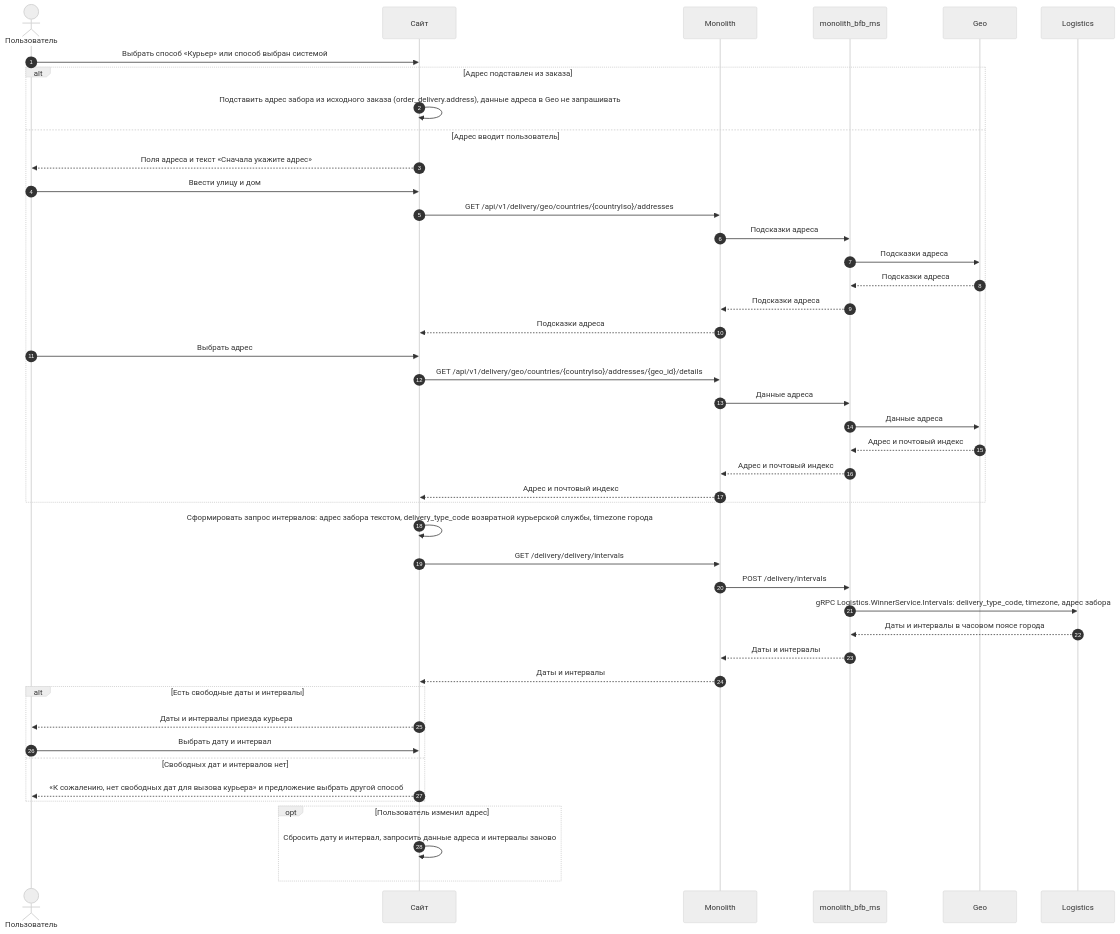
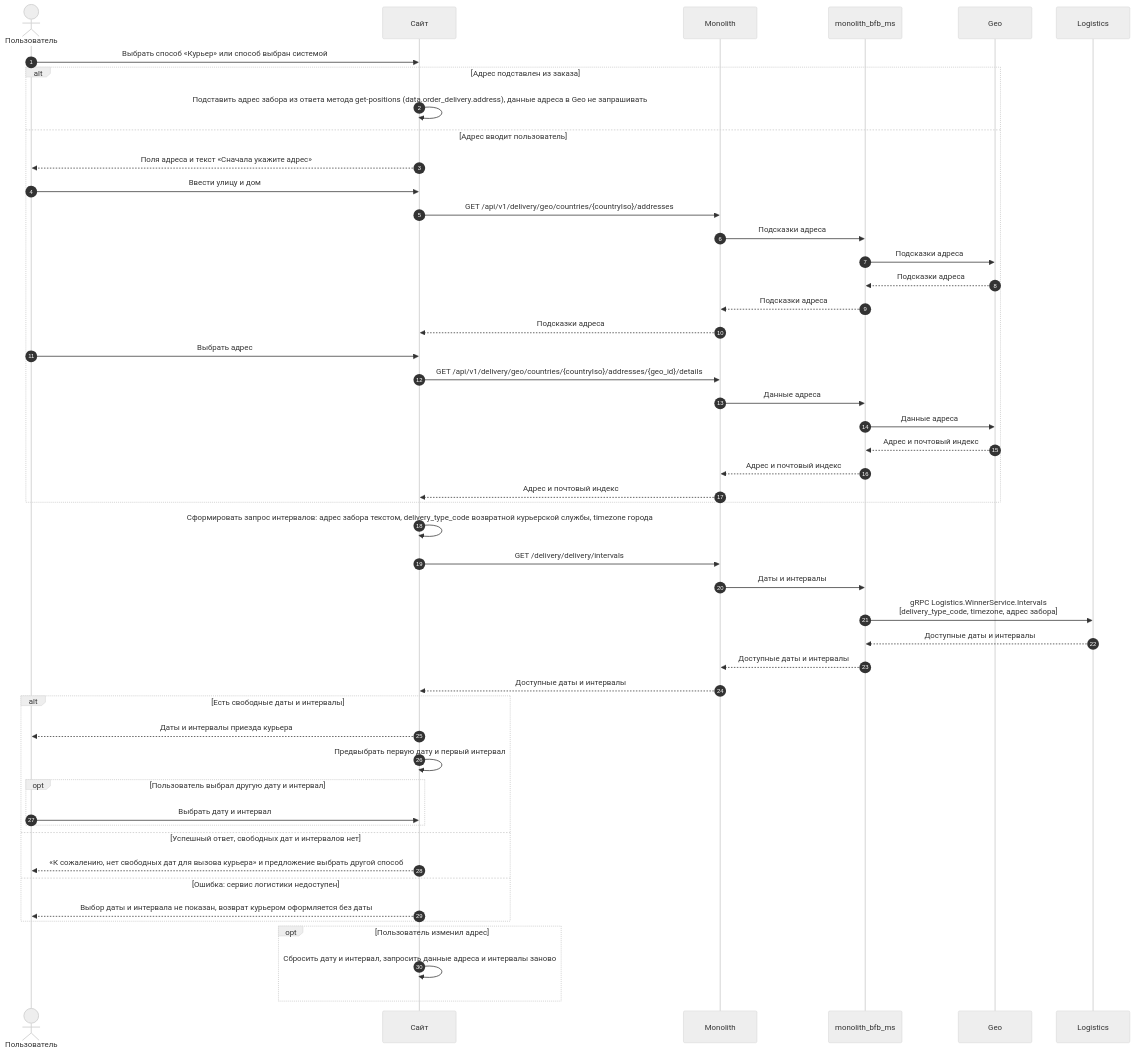
The seventh of 21 diagrams in projects/returns-2.0/requirements/srs/srs-web-mvp.md (Terinss155/opencode-agents-analysis), drawn with Mermaid (neutral theme) before and after one commit. The commit also changed other lines of this file and 135 other files, not shown here.

````diff
--- a/projects/returns-2.0/requirements/srs/srs-web-mvp.md
+++ b/projects/returns-2.0/requirements/srs/srs-web-mvp.md
@@ -388,48 +518,53 @@
 ```mermaid
 sequenceDiagram
     autonumber
     actor U as Пользователь
     participant WEB as Сайт
     participant MON as Monolith
     participant BFB as monolith_bfb_ms
     participant GEO as Geo
     participant LOG as Logistics
 
     U->>WEB: Выбрать способ «Курьер» или способ выбран системой
     alt Адрес подставлен из заказа
-        WEB->>WEB: Подставить адрес забора из исходного заказа (order_delivery.address), данные адреса в Geo не запрашивать
+        WEB->>WEB: Подставить адрес забора из ответа метода get-positions (data.order_delivery.address), данные адреса в Geo не запрашивать
     else Адрес вводит пользователь
         WEB-->>U: Поля адреса и текст «Сначала укажите адрес»
         U->>WEB: Ввести улицу и дом
         WEB->>MON: GET /api/v1/delivery/geo/countries/{countryIso}/addresses
         MON->>BFB: Подсказки адреса
         BFB->>GEO: Подсказки адреса
         GEO-->>BFB: Подсказки адреса
         BFB-->>MON: Подсказки адреса
         MON-->>WEB: Подсказки адреса
         U->>WEB: Выбрать адрес
         WEB->>MON: GET /api/v1/delivery/geo/countries/{countryIso}/addresses/{geo_id}/details
         MON->>BFB: Данные адреса
         BFB->>GEO: Данные адреса
         GEO-->>BFB: Адрес и почтовый индекс
         BFB-->>MON: Адрес и почтовый индекс
         MON-->>WEB: Адрес и почтовый индекс
     end
     WEB->>WEB: Сформировать запрос интервалов: адрес забора текстом, delivery_type_code возвратной курьерской службы, timezone города
     WEB->>MON: GET /delivery/delivery/intervals
-    MON->>BFB: POST /delivery/intervals
-    BFB->>LOG: gRPC Logistics.WinnerService.Intervals: delivery_type_code, timezone, адрес забора
-    LOG-->>BFB: Даты и интервалы в часовом поясе города
-    BFB-->>MON: Даты и интервалы
-    MON-->>WEB: Даты и интервалы
+    MON->>BFB: Даты и интервалы
+    BFB->>LOG: gRPC Logistics.WinnerService.Intervals<br>[delivery_type_code, timezone, адрес забора]
+    LOG-->>BFB: Доступные даты и интервалы
+    BFB-->>MON: Доступные даты и интервалы
+    MON-->>WEB: Доступные даты и интервалы
     alt Есть свободные даты и интервалы
         WEB-->>U: Даты и интервалы приезда курьера
-        U->>WEB: Выбрать дату и интервал
-    else Свободных дат и интервалов нет
+        WEB->>WEB: Предвыбрать первую дату и первый интервал
+        opt Пользователь выбрал другую дату и интервал
+            U->>WEB: Выбрать дату и интервал
+        end
+    else Успешный ответ, свободных дат и интервалов нет
         WEB-->>U: «К сожалению, нет свободных дат для вызова курьера» и предложение выбрать другой способ
+    else Ошибка: сервис логистики недоступен
+        WEB-->>U: Выбор даты и интервала не показан, возврат курьером оформляется без даты
     end
 
     opt Пользователь изменил адрес
         WEB->>WEB: Сбросить дату и интервал, запросить данные адреса и интервалы заново
     end
 ```
````
